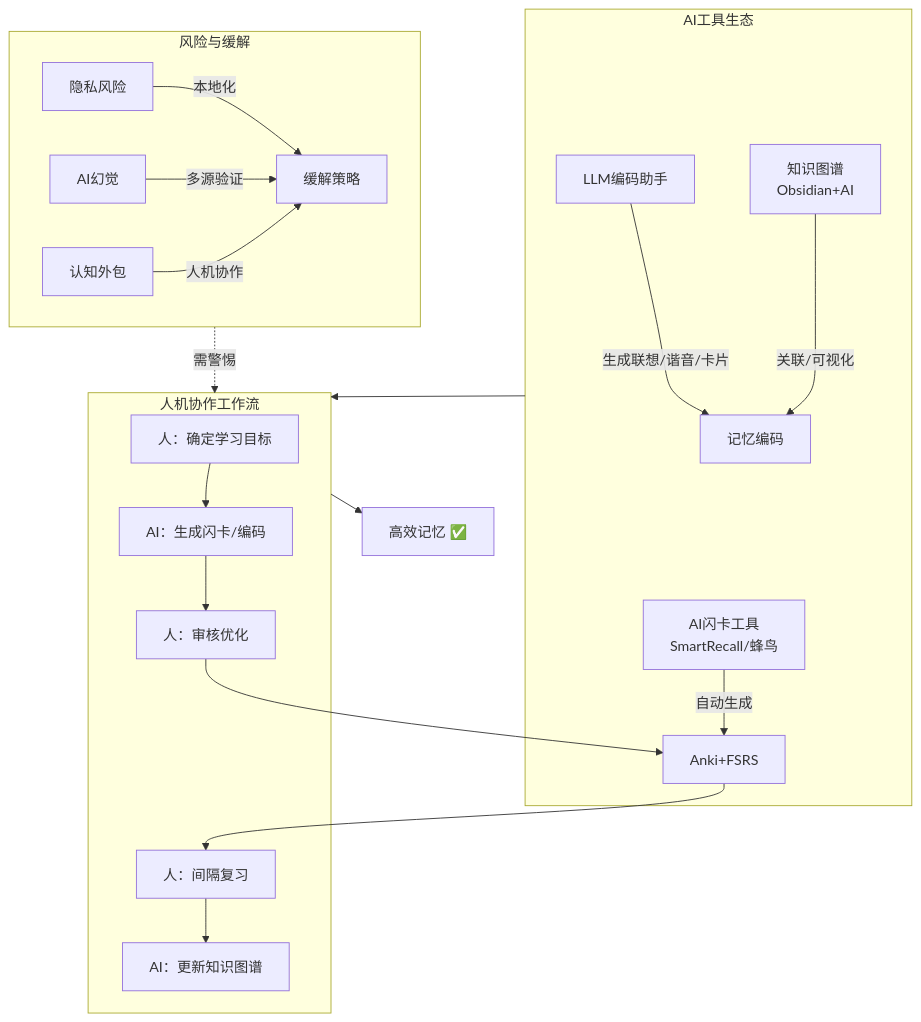
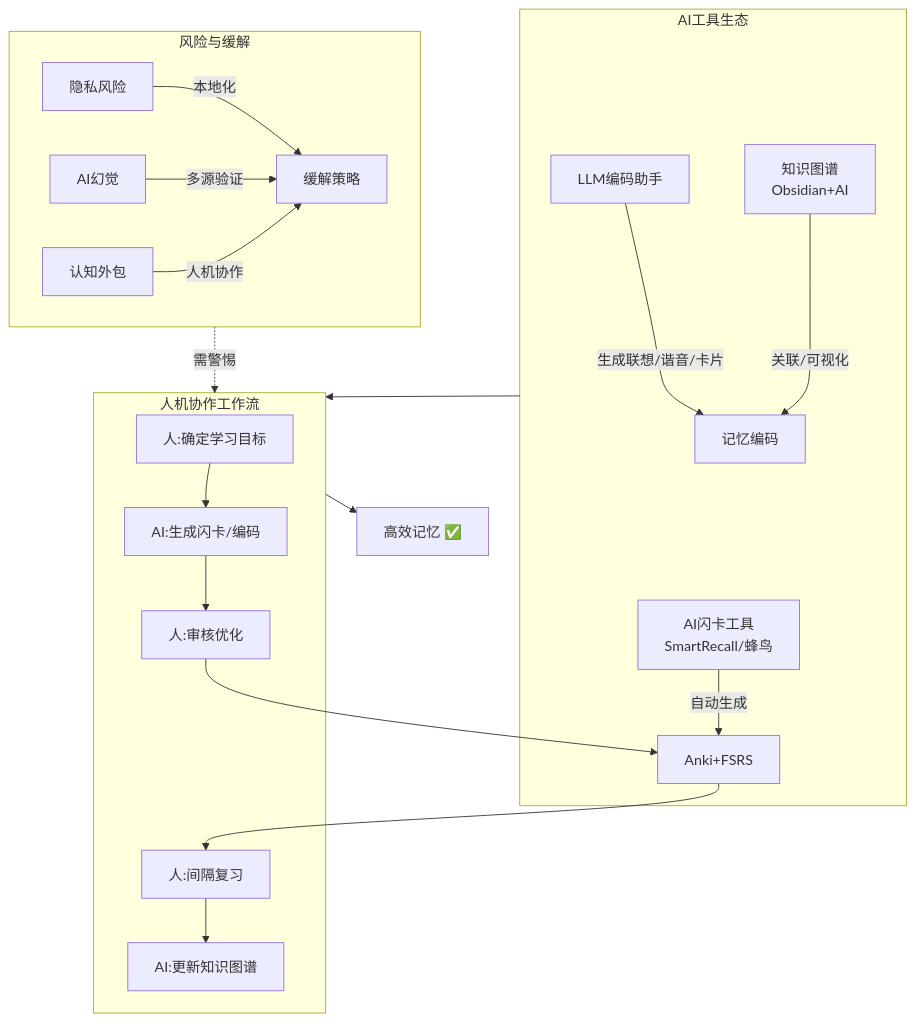
Before and after one commit to brother2050/memory-guide: the second of 2 diagrams in 25-AI辅助记忆.md, drawn with Mermaid. The commit also changed other lines of this file and 59 other files, not shown here.

````diff
--- a/25-AI辅助记忆.md
+++ b/25-AI辅助记忆.md
@@ -91,26 +91,26 @@
 ```mermaid
 graph TD
     subgraph AI_TOOLS["AI工具生态"]
         LLM["LLM编码助手"] -->|"生成联想/谐音/卡片"| ENCODE["记忆编码"]
         AI_CARD["AI闪卡工具\nSmartRecall/蜂鸟"] -->|"自动生成"| ANKI["Anki+FSRS"]
         KM["知识图谱\nObsidian+AI"] -->|"关联/可视化"| ENCODE
     end
 
     subgraph WORKFLOW["人机协作工作流"]
-        HUMAN_READ["人：确定学习目标"] --> AI_GEN["AI：生成闪卡/编码"]
-        AI_GEN --> HUMAN_CHECK["人：审核优化"]
+        HUMAN_READ["人:确定学习目标"] --> AI_GEN["AI:生成闪卡/编码"]
+        AI_GEN --> HUMAN_CHECK["人:审核优化"]
         HUMAN_CHECK --> ANKI
-        ANKI --> HUMAN_REVIEW["人：间隔复习"]
-        HUMAN_REVIEW --> AI_UPDATE["AI：更新知识图谱"]
+        ANKI --> HUMAN_REVIEW["人:间隔复习"]
+        HUMAN_REVIEW --> AI_UPDATE["AI:更新知识图谱"]
     end
 
     subgraph RISK["风险与缓解"]
         PRIVACY["隐私风险"] -->|"本地化"| MITIGATE["缓解策略"]
         HALLUCINATION["AI幻觉"] -->|"多源验证"| MITIGATE
         OUTSOURCING["认知外包"] -->|"人机协作"| MITIGATE
     end
 
     AI_TOOLS --> WORKFLOW
     RISK -.->|"需警惕"| WORKFLOW
     WORKFLOW --> RESULT["高效记忆 ✅"]
 ```
````
